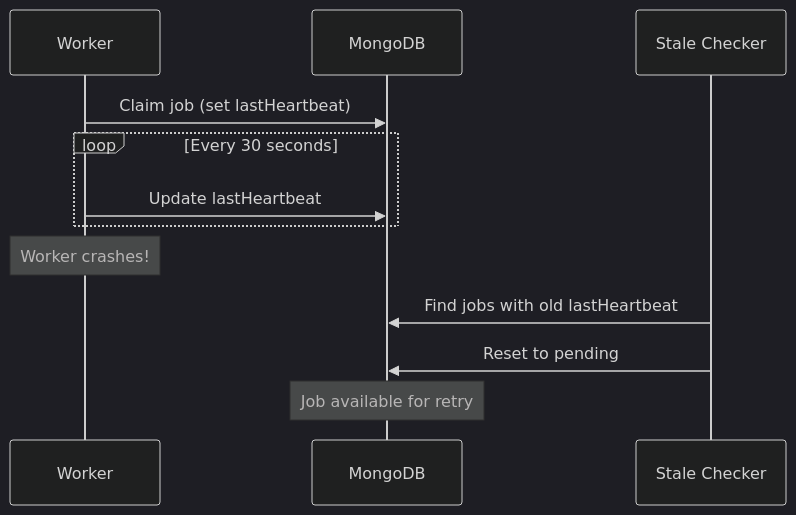
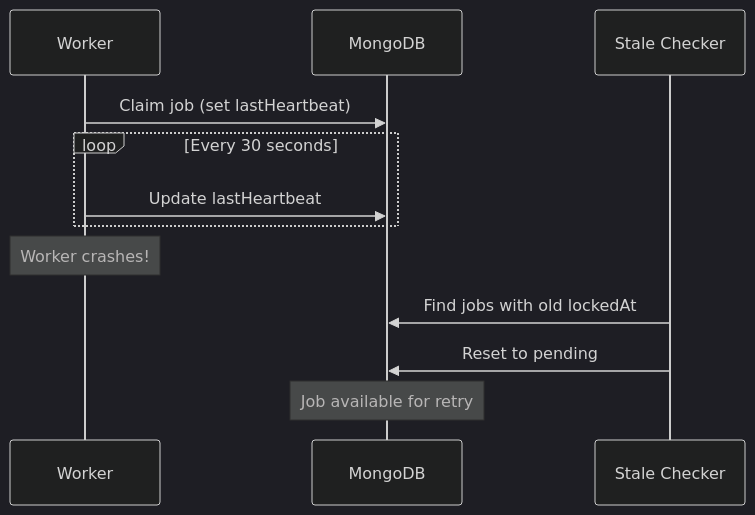
The diagram in packages/docs/src/content/docs/advanced/heartbeat.mdx (ueberBrot/monque), drawn with Mermaid (dark theme) before and after one commit. The commit also changed other lines of this file and 17 other files, not shown here.

First line of the commit message:
chore(docs): add Repomix core snapshot, enable Mermaid rendering, and refresh README links.

````diff
--- a/packages/docs/src/content/docs/advanced/heartbeat.mdx
+++ b/packages/docs/src/content/docs/advanced/heartbeat.mdx
@@ -25,18 +25,18 @@
 ```mermaid
 sequenceDiagram
     participant W as Worker
     participant DB as MongoDB
     participant S as Stale Checker
     
     W->>DB: Claim job (set lastHeartbeat)
     loop Every 30 seconds
         W->>DB: Update lastHeartbeat
     end
     
     Note over W: Worker crashes!
     
-    S->>DB: Find jobs with old lastHeartbeat
+    S->>DB: Find jobs with old lockedAt
     S->>DB: Reset to pending
     
     Note over DB: Job available for retry
 ```
````
